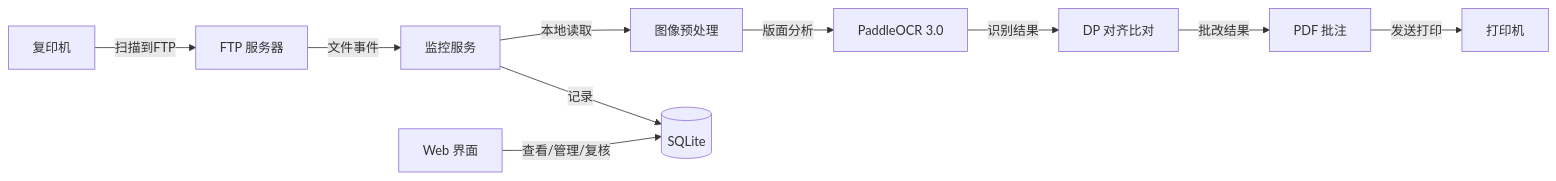
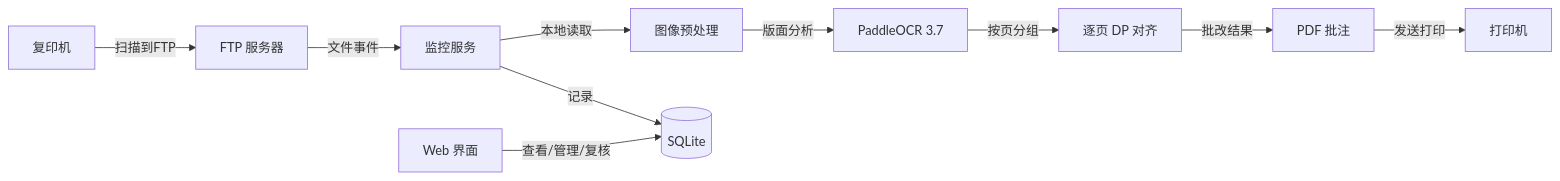
Before and after one commit to xfyang728/correction: the diagram in auto_marker/README.md, drawn with Mermaid. The commit also changed other lines of this file and 20 other files, not shown here.

````diff
--- a/auto_marker/README.md
+++ b/auto_marker/README.md
@@ -7,12 +7,12 @@
 ```mermaid
 flowchart LR
     A[复印机] -->|扫描到FTP| B[FTP 服务器]
     B -->|文件事件| C[监控服务]
     C -->|本地读取| D[图像预处理]
-    D -->|版面分析| E[PaddleOCR 3.0]
-    E -->|识别结果| F[DP 对齐比对]
+    D -->|版面分析| E[PaddleOCR 3.7]
+    E -->|按页分组| F[逐页 DP 对齐]
     F -->|批改结果| G[PDF 批注]
     G -->|发送打印| H[打印机]
     C -->|记录| I[(SQLite)]
     J[Web 界面] -->|查看/管理/复核| I
 ```
````
